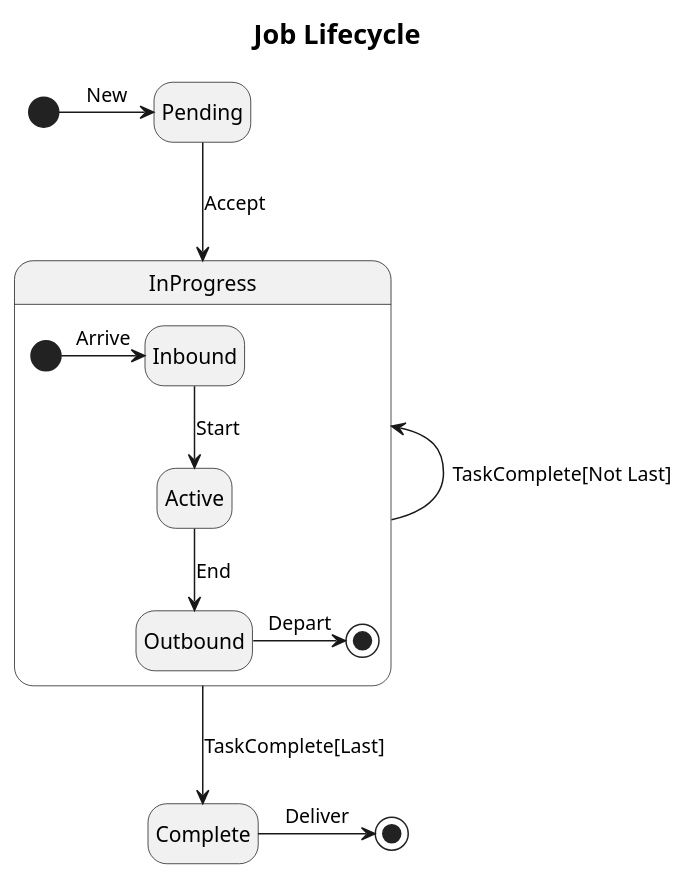
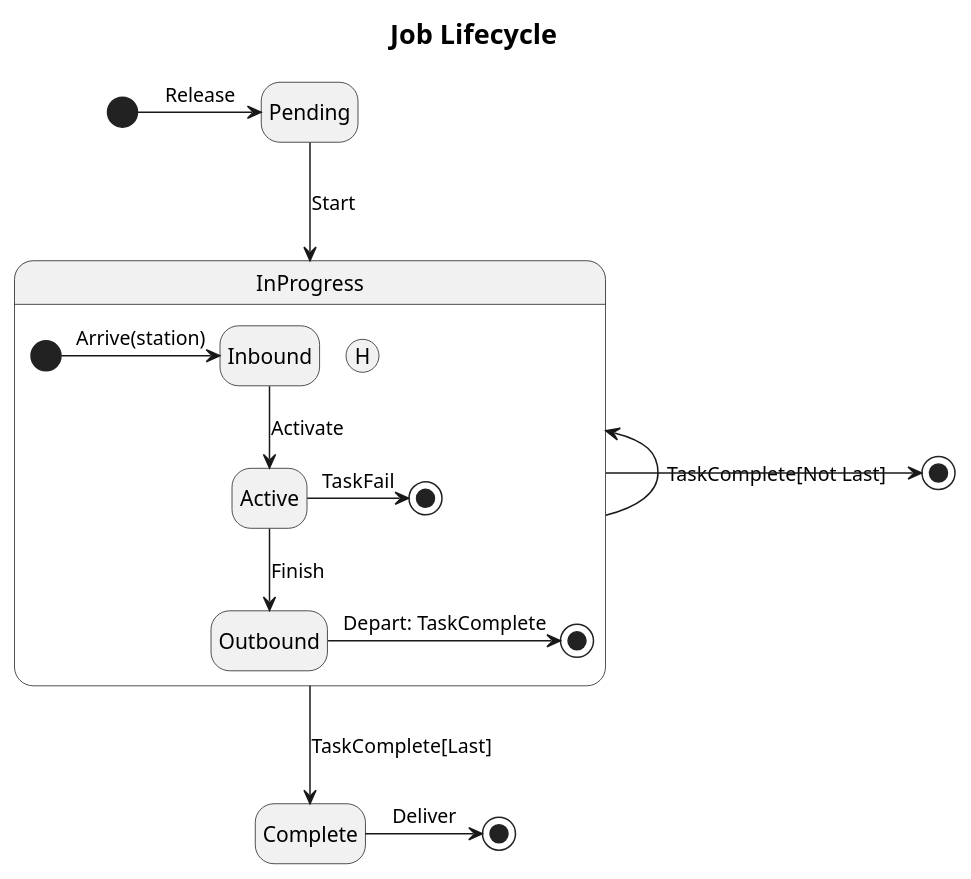
One commit to Saldubatech/scala3-sample changed the third of 3 diagrams in docs/contents/job_task_CD.puml. Above: the diagram before and after it, drawn with PlantUML. The commit also changed other lines of this file and 45 other files, not shown here.

```diff
--- a/docs/contents/job_task_CD.puml
+++ b/docs/contents/job_task_CD.puml
@@ -76,27 +75,31 @@
 @startuml
 
 title
 = Job Lifecycle
 end title
 
 state Pending
 state InProgress {
+  state steps<<history>>
   state Inbound
   state Active
   state Outbound
-  [*] -> Inbound: Arrive
-  Inbound --> Active: Start
-  Active --> Outbound: End
-  Outbound -> [*] : Depart
+  state scrap<<end>>
+  [*] -> Inbound: Arrive(station)
+  Inbound --> Active: Activate
+  Active --> Outbound: Finish
+  Active -> scrap: TaskFail
+  Outbound -> [*] : Depart: TaskComplete
 }
 state Complete
-
-[*] -> Pending : New
-Pending --> InProgress: Accept
+state Scrapped<<end>>
+[*] -> Pending : Release
+Pending --> InProgress: Start
 InProgress <-- InProgress: TaskComplete[Not Last]
 InProgress --> Complete: TaskComplete[Last]
+InProgress -> Scrapped
 Complete -> [*]: Deliver
 
 hide empty description
 
 @enduml
```
